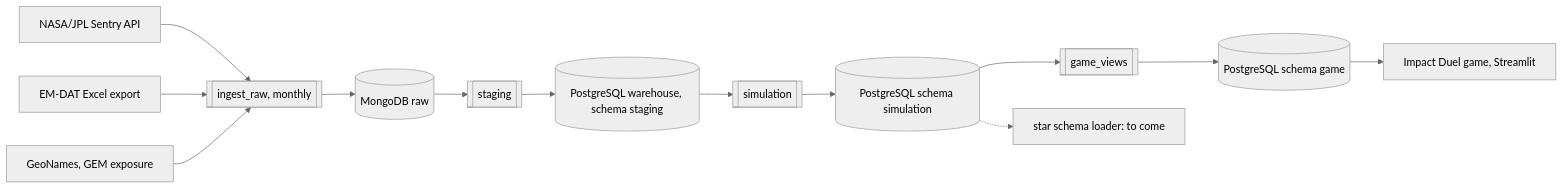
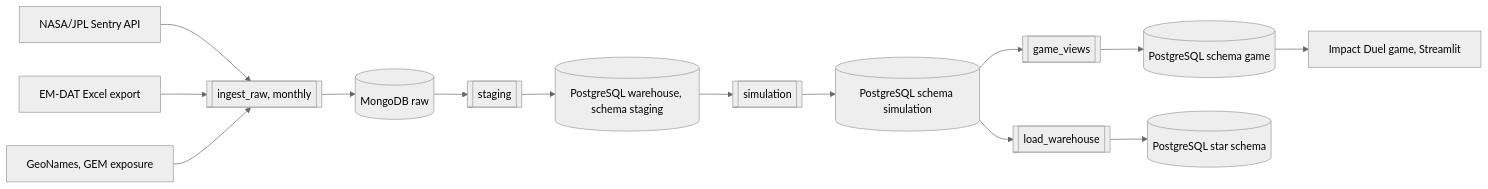
Before and after one commit to NgoHung0704/ot7-projet: the diagram in README.md, drawn with Mermaid (neutral theme). The commit also changed other lines of this file and 11 other files, not shown here.

First line of the commit message:
feat(warehouse): load the report's star schema

````diff
--- a/README.md
+++ b/README.md
@@ -109,15 +117,16 @@
 ```mermaid
 flowchart LR
   S[NASA/JPL Sentry API] --> I
   E[EM-DAT Excel export] --> I
   G[GeoNames, GEM exposure] --> I
   I[[ingest_raw, monthly]] --> M[(MongoDB raw)]
   M --> T[[staging]]
   T --> P[(PostgreSQL warehouse, schema staging)]
   P --> S2[[simulation]]
   S2 --> R[(PostgreSQL schema simulation)]
   R --> V[[game_views]]
   V --> GV[(PostgreSQL schema game)]
   GV --> APP[Impact Duel game, Streamlit]
-  R -.-> N[star schema loader: to come]
+  R --> W[[load_warehouse]]
+  W --> STAR[(PostgreSQL star schema)]
 ```
````
